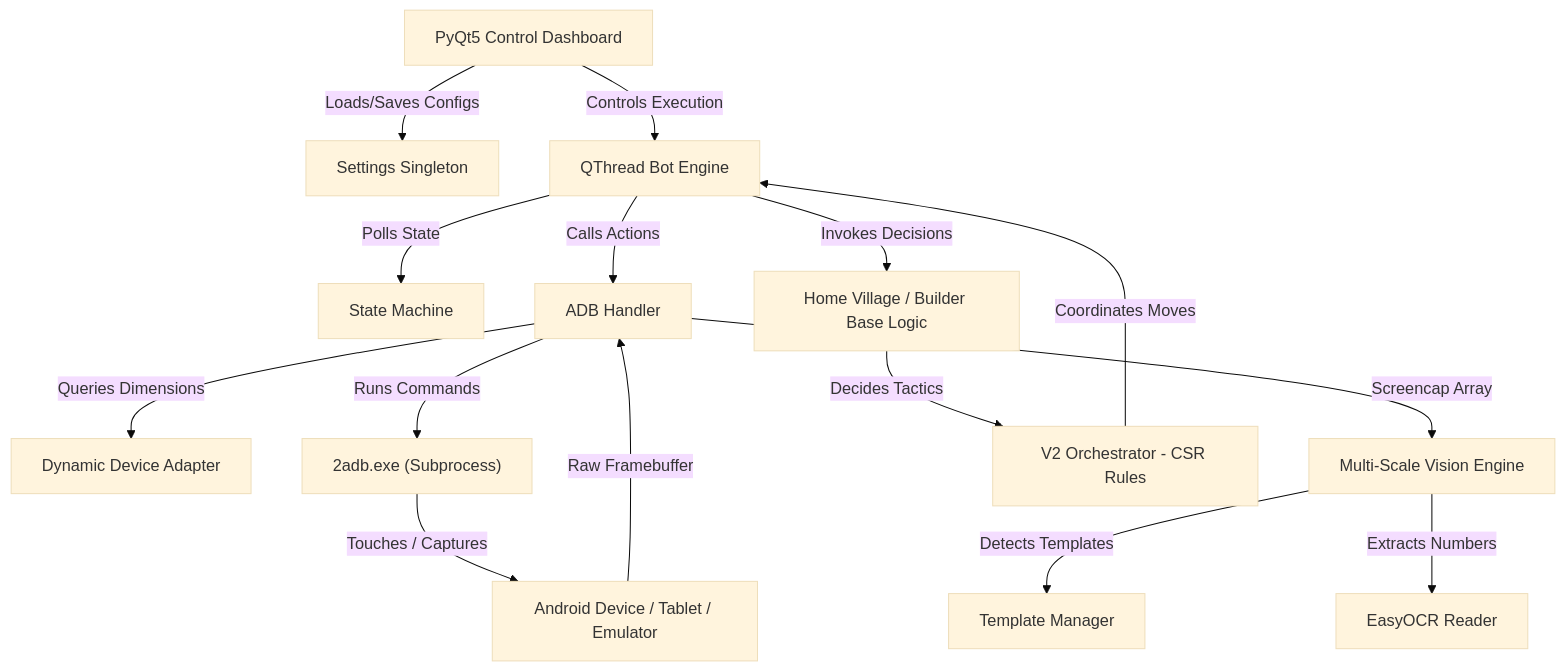
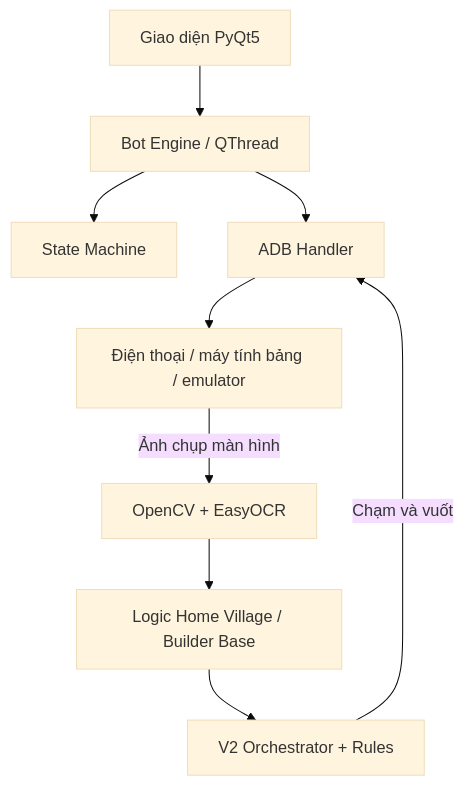
One commit to manhnd121198/coc-manh-farmer changed the diagram in README.md. Above: the diagram before and after it, drawn with Mermaid (base theme). The commit also changed other lines of this file, not shown here.

````diff
--- a/README.md
+++ b/README.md
@@ -80,17 +62,11 @@
 ```mermaid
-graph TD
-    UI[PyQt5 Control Dashboard] -->|Loads/Saves Configs| Settings[Settings Singleton]
-    UI -->|Controls Execution| Engine[QThread Bot Engine]
-    Engine -->|Polls State| StateMachine[State Machine]
-    Engine -->|Calls Actions| ADB[ADB Handler]
-    ADB -->|Queries Dimensions| Resolution[Dynamic Device Adapter]
-    ADB -->|Runs Commands| Exec["2adb.exe (Subprocess)"]
-    Exec -->|Touches / Captures| Device[Android Device / Tablet / Emulator]
-    Device -->|Raw Framebuffer| ADB
-    ADB -->|Screencap Array| ScreenReader[Multi-Scale Vision Engine]
-    ScreenReader -->|Detects Templates| Templates[Template Manager]
-    ScreenReader -->|Extracts Numbers| OCR[EasyOCR Reader]
-    Engine -->|Invokes Decisions| Logic[Home Village / Builder Base Logic]
-    Logic -->|Decides Tactics| CSR[V2 Orchestrator - CSR Rules]
-    CSR -->|Coordinates Moves| Engine
+flowchart TD
+    UI["Giao diện PyQt5"] --> Engine["Bot Engine / QThread"]
+    Engine --> State["State Machine"]
+    Engine --> ADB["ADB Handler"]
+    ADB --> Device["Điện thoại / máy tính bảng / emulator"]
+    Device -->|Ảnh chụp màn hình| Vision["OpenCV + EasyOCR"]
+    Vision --> Logic["Logic Home Village / Builder Base"]
+    Logic --> CSR["V2 Orchestrator + Rules"]
+    CSR -->|Chạm và vuốt| ADB
 ```
````
